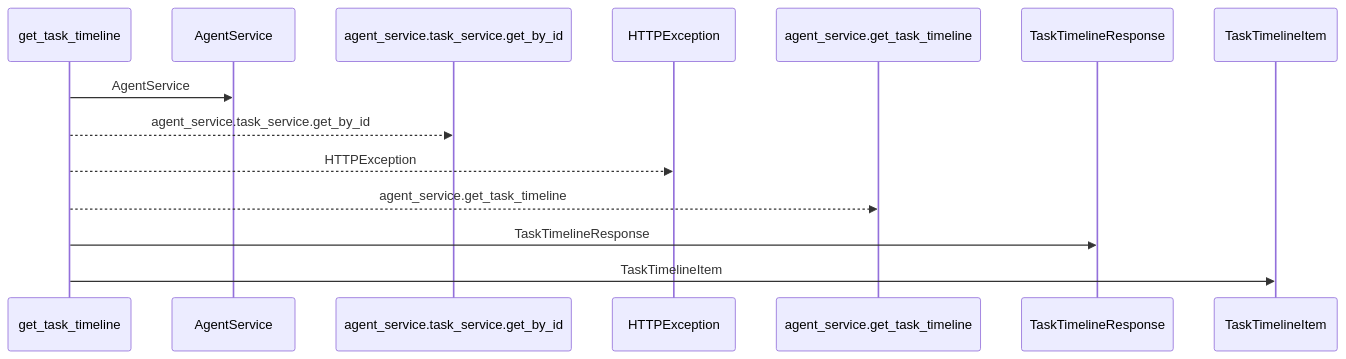
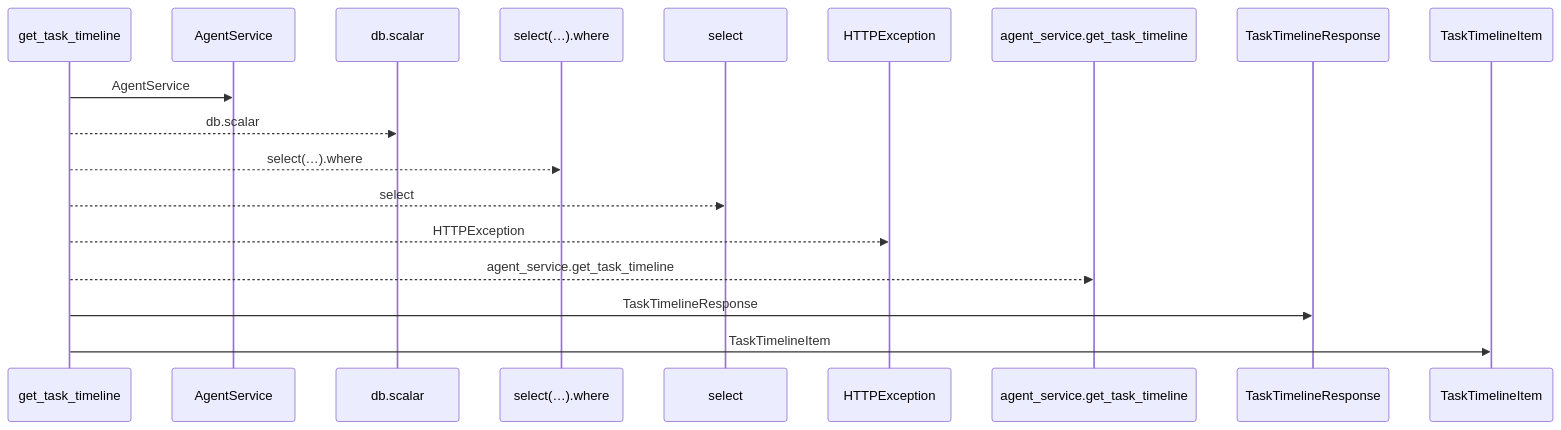
The first of 2 diagrams in docs/llm_wiki/flows/http-get_task_timeline.md (Denissvgn/WorkChord), drawn with Mermaid before and after one commit. The commit also changed other lines of this file and 1238 other files, not shown here.

First line of the commit message:
docs(wiki): publish compact canonical domain architecture

````diff
--- a/docs/llm_wiki/flows/http-get_task_timeline.md
+++ b/docs/llm_wiki/flows/http-get_task_timeline.md
@@ -10,16 +10,20 @@
 ```mermaid
 sequenceDiagram
     participant p0 as get_task_timeline
     participant p1 as AgentService
-    participant p2 as agent_service.task_service.get_by_id
-    participant p3 as HTTPException
-    participant p4 as agent_service.get_task_timeline
-    participant p5 as TaskTimelineResponse
-    participant p6 as TaskTimelineItem
+    participant p2 as db.scalar
+    participant p3 as select(…).where
+    participant p4 as select
+    participant p5 as HTTPException
+    participant p6 as agent_service.get_task_timeline
+    participant p7 as TaskTimelineResponse
+    participant p8 as TaskTimelineItem
     p0->>p1: AgentService
-    p0-->>p2: agent_service.task_service.get_by_id
-    p0-->>p3: HTTPException
-    p0-->>p4: agent_service.get_task_timeline
-    p0->>p5: TaskTimelineResponse
-    p0->>p6: TaskTimelineItem
+    p0-->>p2: db.scalar
+    p0-->>p3: select(…).where
+    p0-->>p4: select
+    p0-->>p5: HTTPException
+    p0-->>p6: agent_service.get_task_timeline
+    p0->>p7: TaskTimelineResponse
+    p0->>p8: TaskTimelineItem
 ```
````
